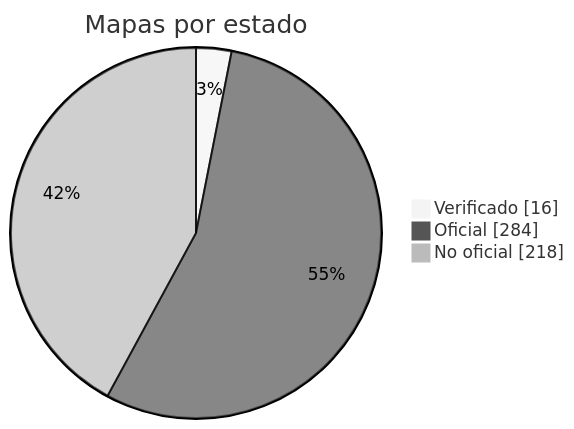
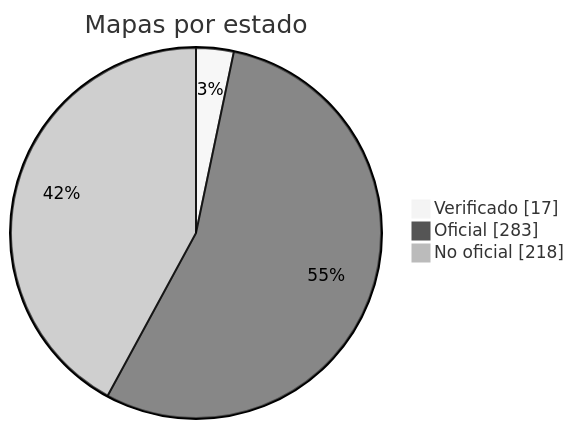
The diagram in docs/readme/README_ES.md (nobrega8/mbmap-library), drawn with Mermaid (neutral theme) before and after one commit. The commit also changed 5 other files, not shown here.

````diff
--- a/docs/readme/README_ES.md
+++ b/docs/readme/README_ES.md
@@ -54,7 +54,7 @@
 ```mermaid
 pie showData
     title Mapas por estado
-    "Verificado" : 16
-    "Oficial" : 284
+    "Verificado" : 17
+    "Oficial" : 283
     "No oficial" : 218
 ```
````
